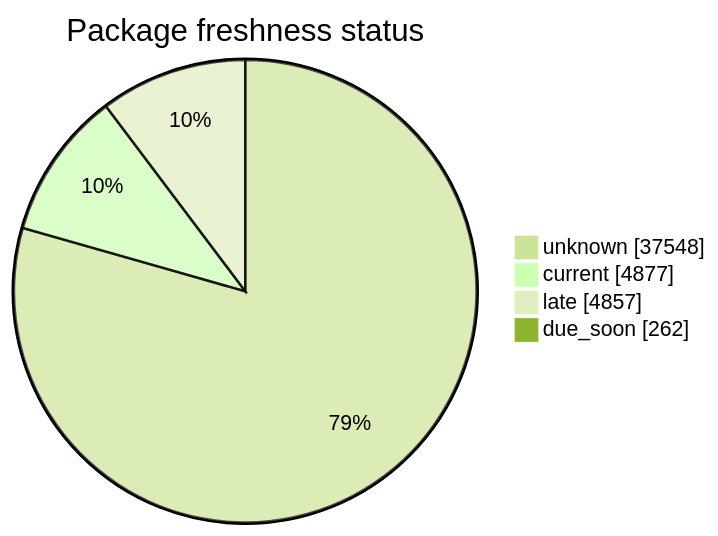
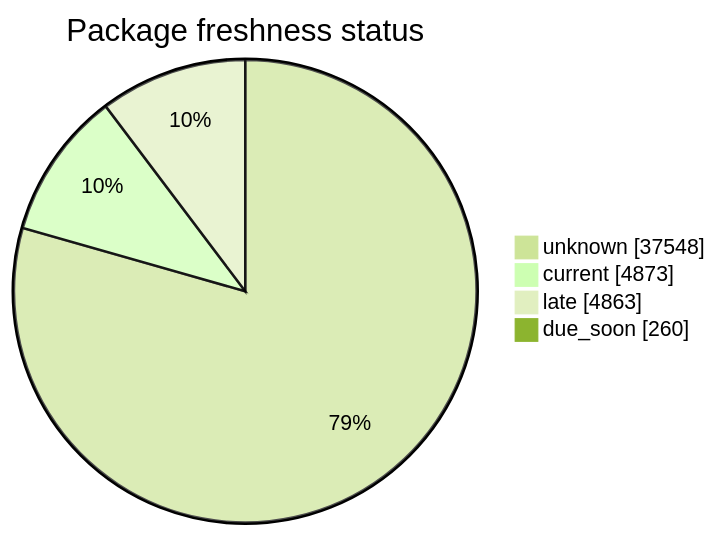
One commit to open-data/analytics-corporate-reporting changed the second of 5 diagrams in FreshCheck/README.md. Above: the diagram before and after it, drawn with Mermaid (forest theme). The commit also changed other lines of this file and 3 other files, not shown here.

````diff
--- a/FreshCheck/README.md
+++ b/FreshCheck/README.md
@@ -69,7 +69,7 @@
 ```mermaid
 pie showData title Package freshness status
     "unknown": 37548
-    "current": 4877
-    "late": 4857
-    "due_soon": 262
+    "current": 4873
+    "late": 4863
+    "due_soon": 260
 ```
````
